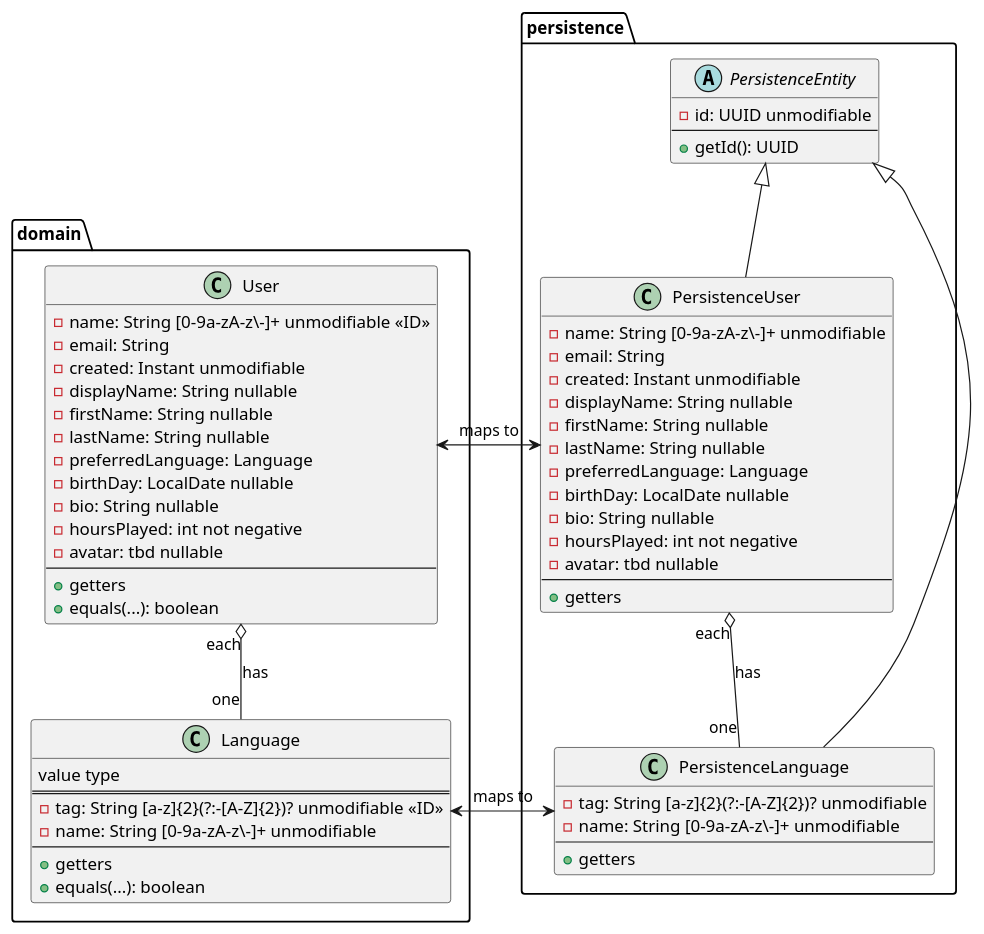
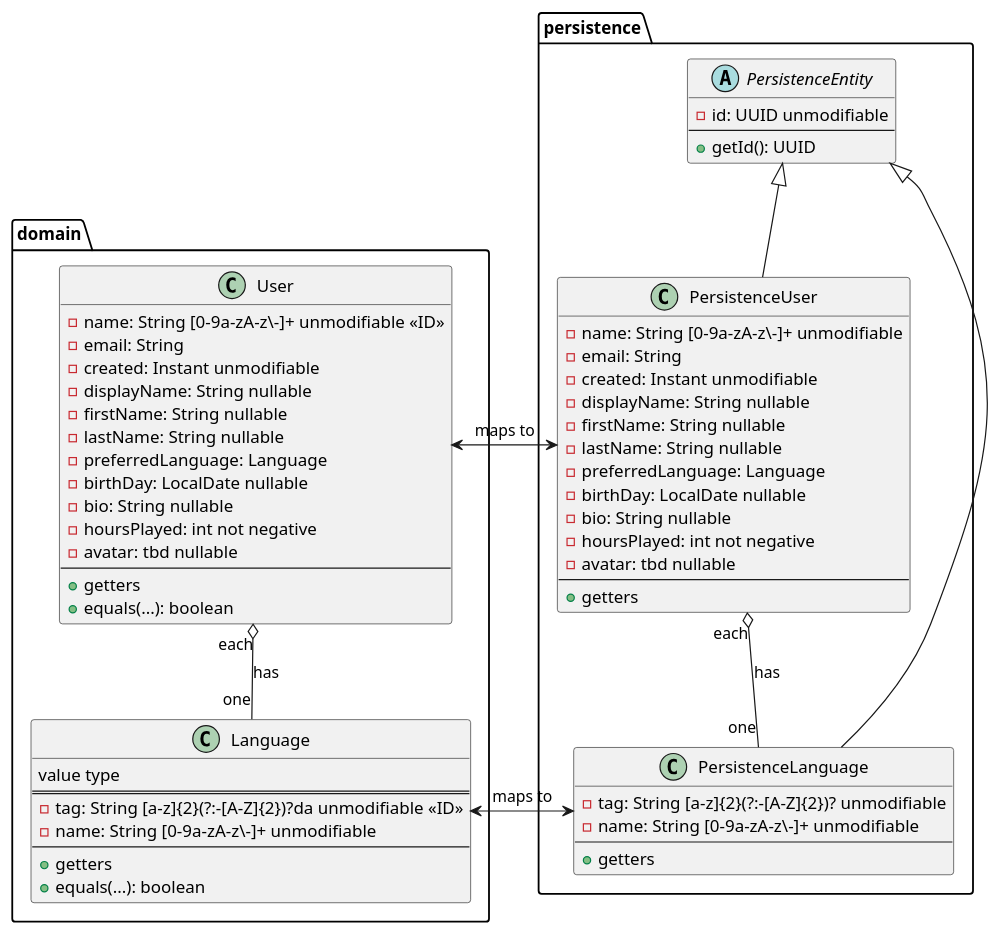
Before and after one commit to turing85/untitled-rpg-webapp: the diagram in doc/datamodel/UML.puml, drawn with PlantUML. The commit also changed 1 other file, not shown here.

```diff
--- a/doc/datamodel/UML.puml
+++ b/doc/datamodel/UML.puml
@@ -1,76 +1,76 @@
 @startuml
 
 package domain {
 
     class User {
         {field} - name: String [0-9a-zA-z\-]+ unmodifiable <<ID>>
         {field} - email: String
         {field} - created: Instant unmodifiable
         {field} - displayName: String nullable
         {field} - firstName: String nullable
         {field} - lastName: String nullable
         {field} - preferredLanguage: Language
         {field} - birthDay: LocalDate nullable
         {field} - bio: String nullable
         {field} - hoursPlayed: int not negative
         {field} - avatar: tbd nullable
         ---
         {method}+ getters
         {method}+ equals(...): boolean
     }
 
     class Language {
         value type
         ===
-        {field} - tag: String [a-z]{2}(?:-[A-Z]{2})? unmodifiable <<ID>>
+        {field} - tag: String [a-z]{2}(?:-[A-Z]{2})?da unmodifiable <<ID>>
         {field} - name: String [0-9a-zA-z\-]+ unmodifiable
         ---
         {method} + getters
         {method} + equals(...): boolean
     }
 }
 
 package persistence {
 
     abstract class PersistenceEntity {
         {field} - id: UUID unmodifiable
         ---
         {method} + getId(): UUID
     }
 
     class PersistenceUser {
         {field} - name: String [0-9a-zA-z\-]+ unmodifiable
         {field} - email: String
         {field} - created: Instant unmodifiable
         {field} - displayName: String nullable
         {field} - firstName: String nullable
         {field} - lastName: String nullable
         {field} - preferredLanguage: Language
         {field} - birthDay: LocalDate nullable
         {field} - bio: String nullable
         {field} - hoursPlayed: int not negative
         {field} - avatar: tbd nullable
         ---
         {method}+ getters
     }
 
     class PersistenceLanguage {
         {field} - tag: String [a-z]{2}(?:-[A-Z]{2})? unmodifiable
         {field} - name: String [0-9a-zA-z\-]+ unmodifiable
         ---
         {method} + getters
     }
 
 }
 
 User "each" o-down- "one" Language:  has
 
 PersistenceEntity <|-- PersistenceUser
 PersistenceEntity <|-- PersistenceLanguage
 PersistenceUser "each" o-- "one" PersistenceLanguage: has
 
 
 PersistenceUser <-left-> User: maps to
 PersistenceLanguage <-left-> Language: maps to
 
 @enduml
```
